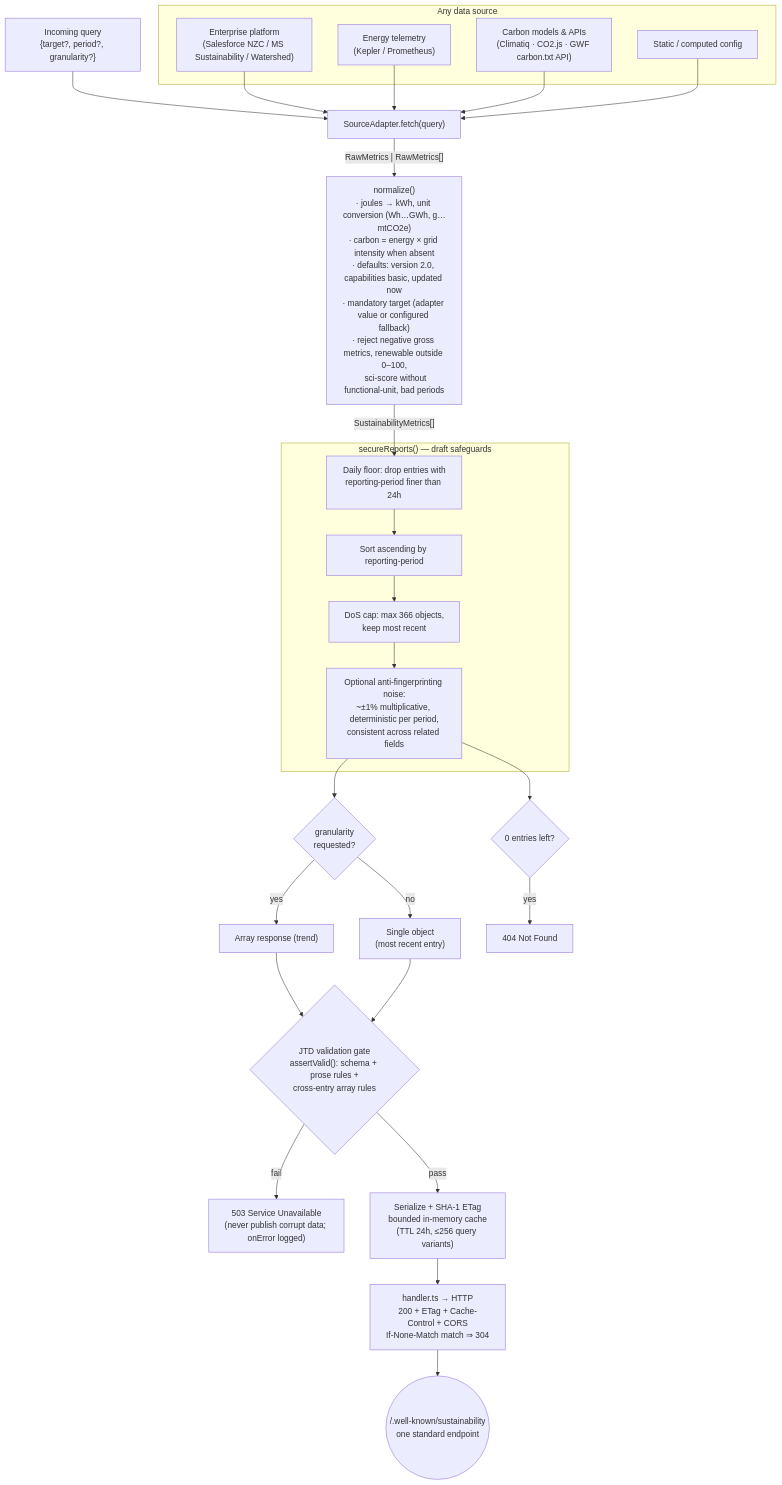
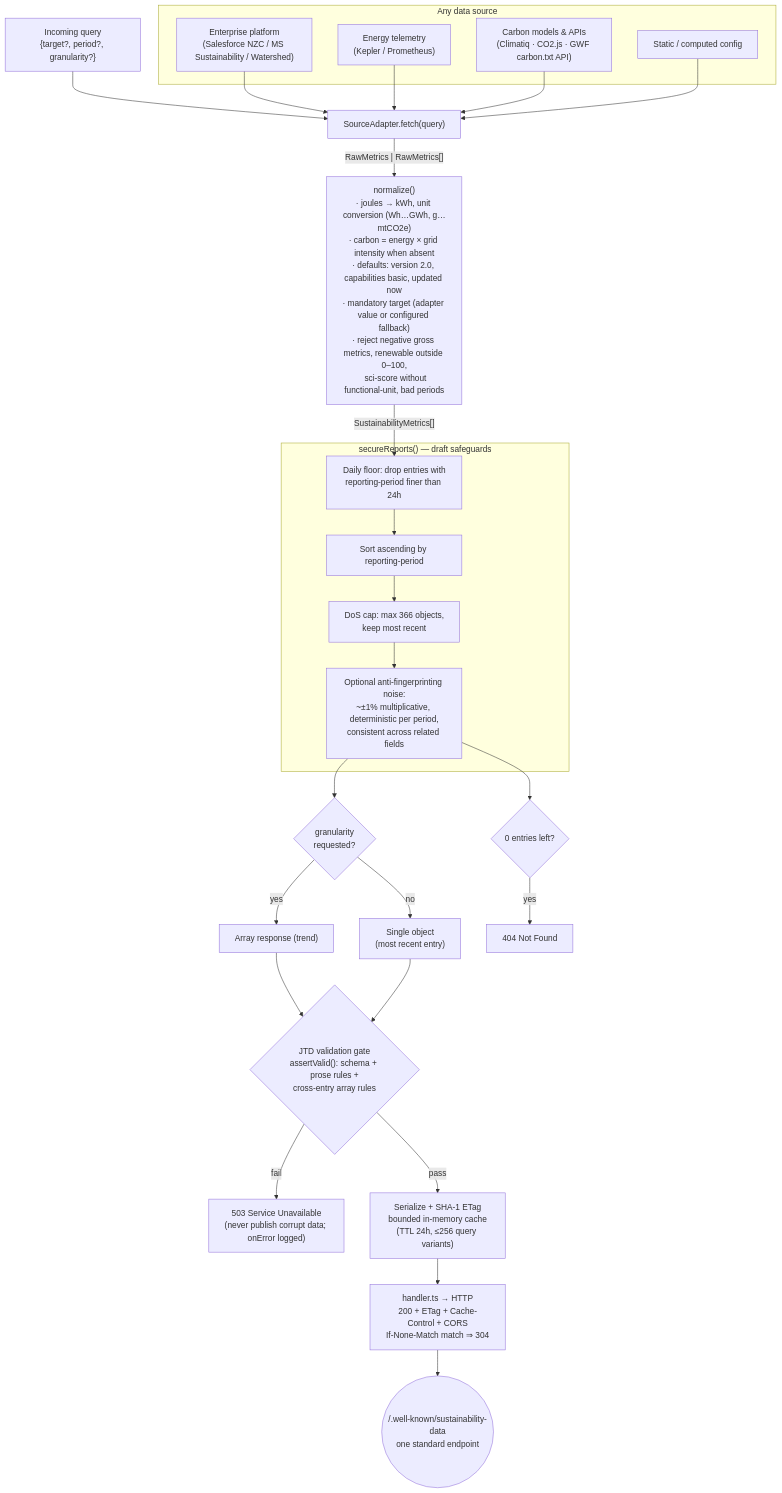
One commit to andreibesleaga/rfc-sustainability-wellknown changed the diagram in architecture/diagrams/gateway-flow.mmd. Above: the diagram before and after it, drawn with Mermaid. The commit also changed 117 other files, not shown here.

```diff
--- a/architecture/diagrams/gateway-flow.mmd
+++ b/architecture/diagrams/gateway-flow.mmd
@@ -1,43 +1,43 @@
 flowchart TD
     Q["Incoming query<br/>{target?, period?, granularity?}"] --> AD
 
     subgraph SRC["Any data source"]
         S1["Enterprise platform<br/>(Salesforce NZC / MS Sustainability / Watershed)"]
         S2["Energy telemetry<br/>(Kepler / Prometheus)"]
         S3["Carbon models & APIs<br/>(Climatiq · CO2.js · GWF carbon.txt API)"]
         S4["Static / computed config"]
     end
 
     S1 --> AD
     S2 --> AD
     S3 --> AD
     S4 --> AD
 
     AD["SourceAdapter.fetch(query)"] -- "RawMetrics | RawMetrics[]" --> N
 
     N["normalize()<br/>· joules → kWh, unit conversion (Wh…GWh, g…mtCO2e)<br/>· carbon = energy × grid intensity when absent<br/>· defaults: version 2.0, capabilities basic, updated now<br/>· mandatory target (adapter value or configured fallback)<br/>· reject negative gross metrics, renewable outside 0–100,<br/>  sci-score without functional-unit, bad periods"]
 
     N -- "SustainabilityMetrics[]" --> G1
 
     subgraph SAFE["secureReports() — draft safeguards"]
         G1["Daily floor: drop entries with<br/>reporting-period finer than 24h"] --> G2
         G2["Sort ascending by reporting-period"] --> G3
         G3["DoS cap: max 366 objects,<br/>keep most recent"] --> G4
         G4["Optional anti-fingerprinting noise:<br/>~±1% multiplicative, deterministic per period,<br/>consistent across related fields"]
     end
 
     G4 --> SHAPE{"granularity<br/>requested?"}
     SHAPE -- "yes" --> ARR["Array response (trend)"]
     SHAPE -- "no" --> ONE["Single object<br/>(most recent entry)"]
     G4 --> EMPTY{"0 entries left?"}
     EMPTY -- "yes" --> R404["404 Not Found"]
 
     ARR --> V
     ONE --> V
 
     V{"JTD validation gate<br/>assertValid(): schema + prose rules +<br/>cross-entry array rules"}
     V -- "fail" --> R503["503 Service Unavailable<br/>(never publish corrupt data; onError logged)"]
     V -- "pass" --> CACHE["Serialize + SHA-1 ETag<br/>bounded in-memory cache<br/>(TTL 24h, ≤256 query variants)"]
 
     CACHE --> H["handler.ts → HTTP<br/>200 + ETag + Cache-Control + CORS<br/>If-None-Match match ⇒ 304"]
-    H --> OUT(("/.well-known/sustainability<br/>one standard endpoint"))
+    H --> OUT(("/.well-known/sustainability-data<br/>one standard endpoint"))
```
